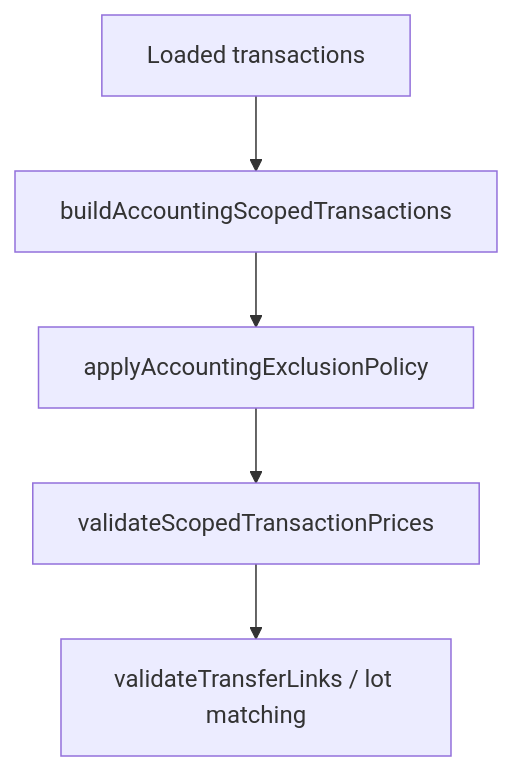
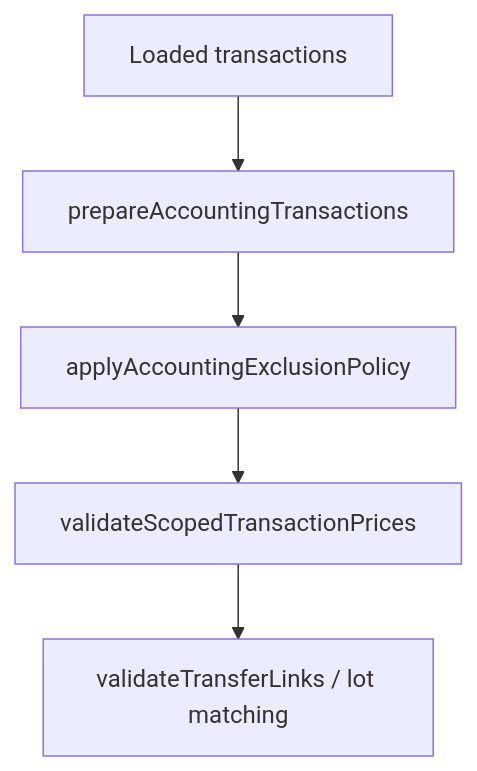
Before and after one commit to jbelanger/exitbook: the second of 2 diagrams in docs/specs/accounting-exclusions.md, drawn with Mermaid. The commit also changed other lines of this file and 27 other files, not shown here.

Commit message:
Rename scoped preparation types to prepared accounting

````diff
--- a/docs/specs/accounting-exclusions.md
+++ b/docs/specs/accounting-exclusions.md
@@ -178,7 +178,7 @@
 ```mermaid
 graph TD
-    A["Loaded transactions"] --> B["buildAccountingScopedTransactions"]
+    A["Loaded transactions"] --> B["prepareAccountingTransactions"]
     B --> C["applyAccountingExclusionPolicy"]
     C --> D["validateScopedTransactionPrices"]
     D --> E["validateTransferLinks / lot matching"]
 ```
````
